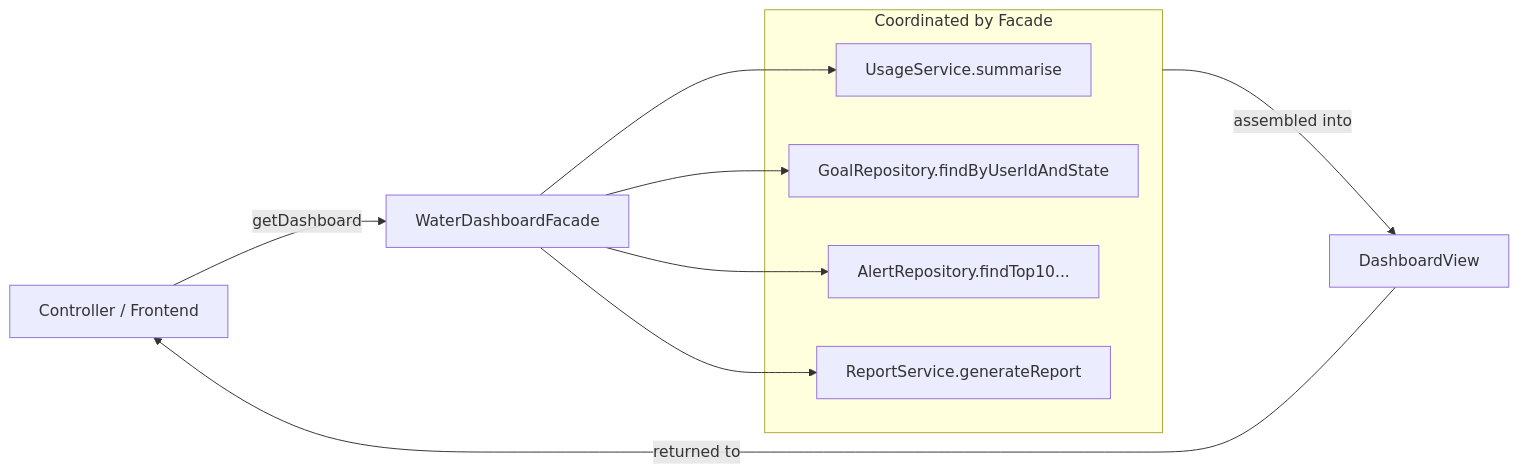
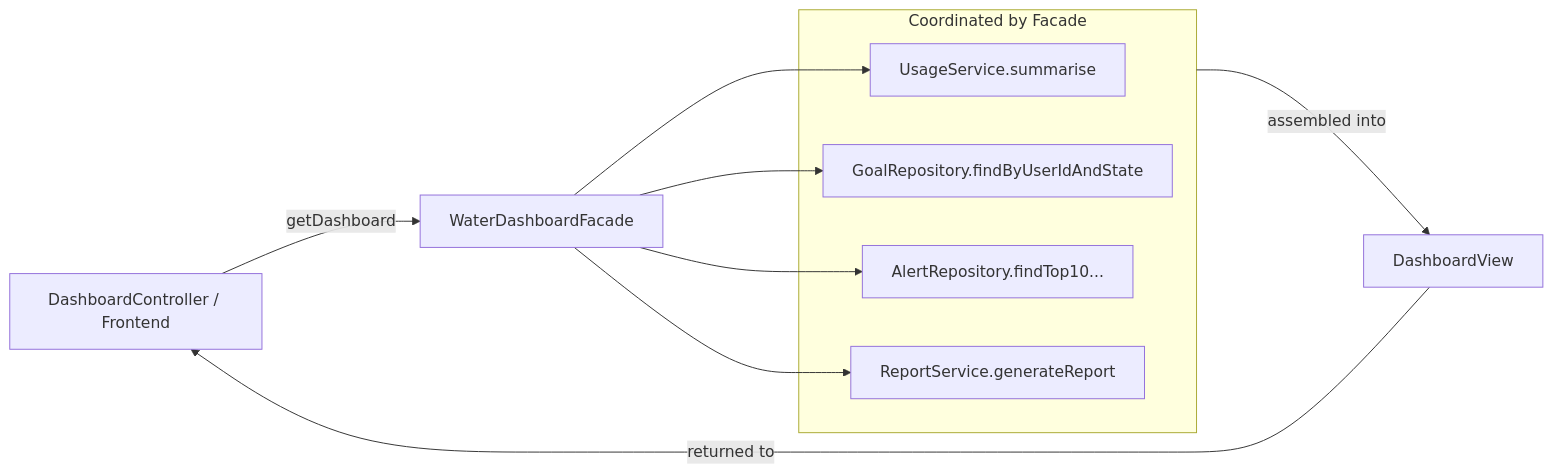
Diagram 25 of 33 in README.md (ced-kwong29/design-patterns), drawn with Mermaid before and after one commit. The commit also changed other lines of this file and 19 other files, not shown here.

````diff
--- a/README.md
+++ b/README.md
@@ -758,19 +784,19 @@
 ```mermaid
 graph LR
-    Client[Controller / Frontend] -->|getDashboard| WDF[WaterDashboardFacade]
+    Client[DashboardController / Frontend] -->|getDashboard| WDF[WaterDashboardFacade]
 
     subgraph Subsystems["Coordinated by Facade"]
         US[UsageService.summarise]
         GR[GoalRepository.findByUserIdAndState]
         AR[AlertRepository.findTop10...]
         RS[ReportService.generateReport]
     end
 
     WDF --> US
     WDF --> GR
     WDF --> AR
     WDF --> RS
 
     Subsystems -->|assembled into| DV[DashboardView]
     DV -->|returned to| Client
 ```
````
